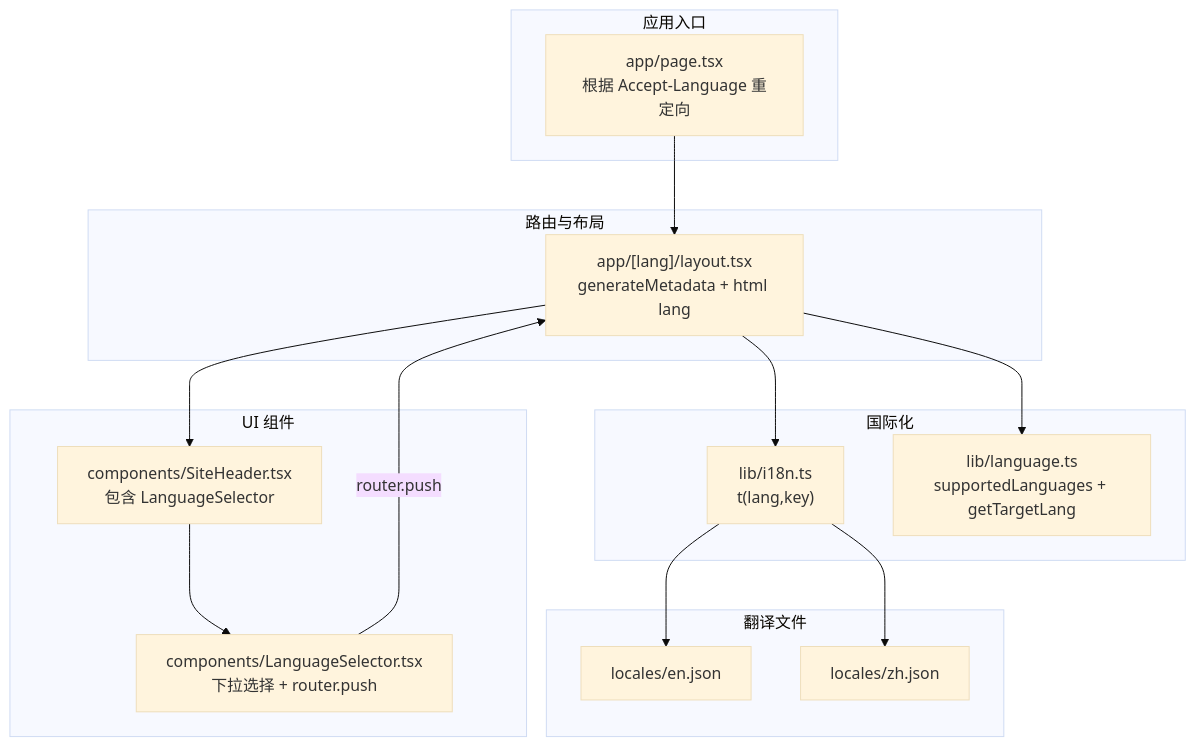
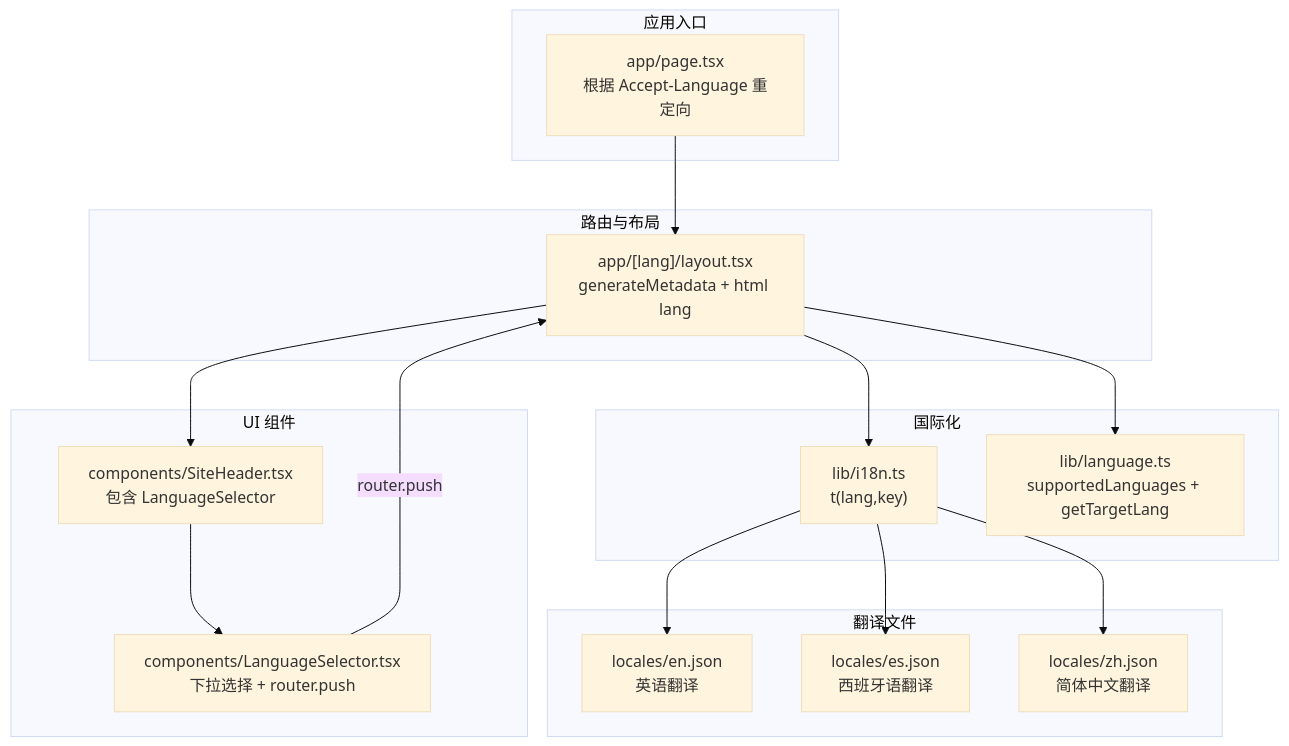
One commit to pnnh/weable changed the first of 4 diagrams in .qoder/repowiki/zh/content/前端组件/语言选择器组件.md. Above: the diagram before and after it, drawn with Mermaid (base theme). The commit also changed other lines of this file and 138 other files, not shown here.

Commit message:
未登录时访问console跳转至signin页面 修复点击图片目录未正确跳转问题 实现图片批量删除功能 将上传页面改成造成轻量级队列，实现分部上传和重试功能（绕过worker限制）

````diff
--- a/.qoder/repowiki/zh/content/前端组件/语言选择器组件.md
+++ b/.qoder/repowiki/zh/content/前端组件/语言选择器组件.md
@@ -43,29 +52,31 @@
 ```mermaid
 graph TB
 subgraph "应用入口"
 Root["app/page.tsx<br/>根据 Accept-Language 重定向"]
 end
 subgraph "路由与布局"
 LangLayout["app/[lang]/layout.tsx<br/>generateMetadata + html lang"]
 end
 subgraph "UI 组件"
 Header["components/SiteHeader.tsx<br/>包含 LanguageSelector"]
 Selector["components/LanguageSelector.tsx<br/>下拉选择 + router.push"]
 end
 subgraph "国际化"
 I18N["lib/i18n.ts<br/>t(lang,key)"]
 LangLib["lib/language.ts<br/>supportedLanguages + getTargetLang"]
 end
 subgraph "翻译文件"
-EN["locales/en.json"]
-ZH["locales/zh.json"]
+EN["locales/en.json<br/>英语翻译"]
+ES["locales/es.json<br/>西班牙语翻译"]
+ZH["locales/zh.json<br/>简体中文翻译"]
 end
 Root --> LangLayout
 LangLayout --> Header
 Header --> Selector
 Selector --> |router.push| LangLayout
 LangLayout --> I18N
 I18N --> EN
+I18N --> ES
 I18N --> ZH
 LangLayout --> LangLib
 ```
````
